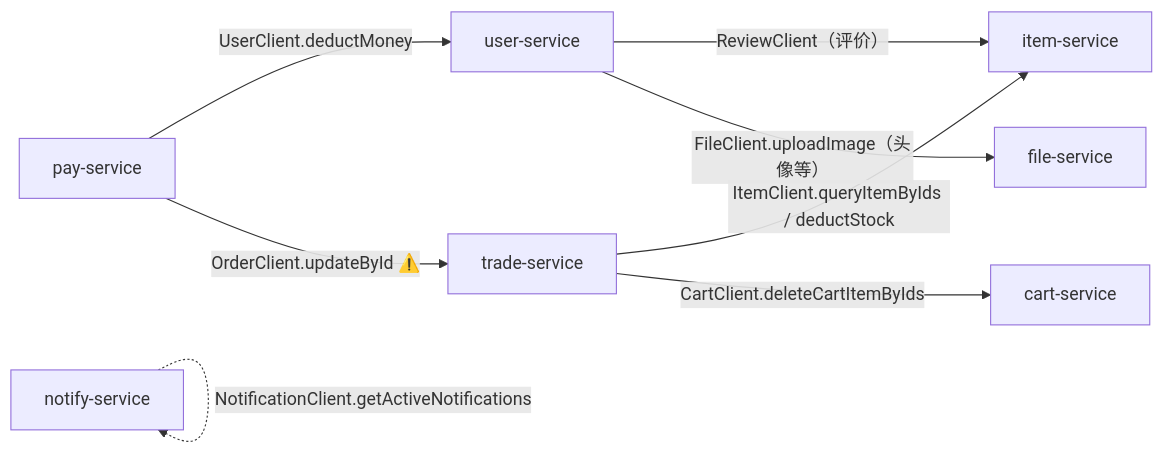
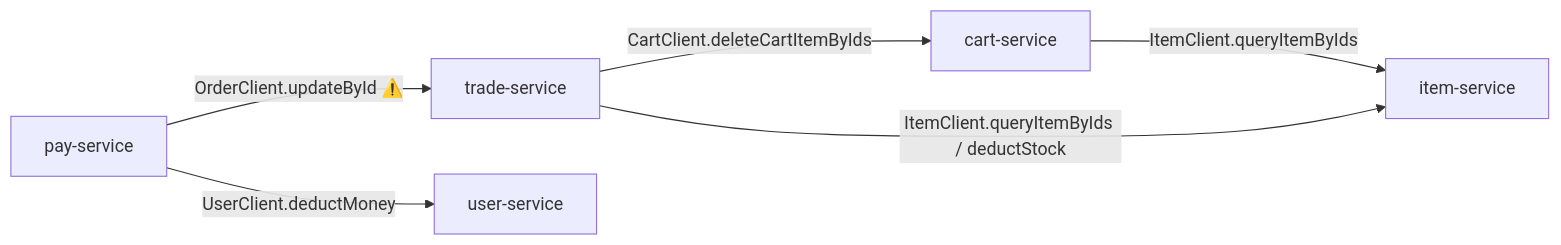
One commit to 3219378872/web-dev-experiment changed the second of 2 diagrams in docs/structure/02-module-dependencies.md. Above: the diagram before and after it, drawn with Mermaid. The commit also changed other lines of this file and 4 other files, not shown here.

````diff
--- a/docs/structure/02-module-dependencies.md
+++ b/docs/structure/02-module-dependencies.md
@@ -33,18 +35,14 @@
 ```mermaid
 flowchart LR
+    CS[cart-service]
     TS[trade-service]
     PS[pay-service]
+    IS[item-service]
     US[user-service]
-    IS[item-service]
-    CS[cart-service]
-    NS[notify-service]
-    FS[file-service]
 
+    CS -- "ItemClient.queryItemByIds" --> IS
     TS -- "ItemClient.queryItemByIds / deductStock" --> IS
     TS -- "CartClient.deleteCartItemByIds" --> CS
     PS -- "UserClient.deductMoney" --> US
     PS -- "OrderClient.updateById ⚠️" --> TS
-    US -- "ReviewClient（评价）" --> IS
-    US -- "FileClient.uploadImage（头像等）" --> FS
-    NS -. "NotificationClient.getActiveNotifications" .-> NS
 ```
````
